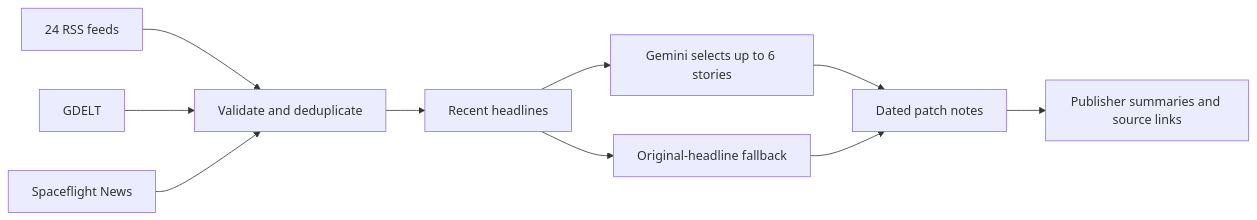
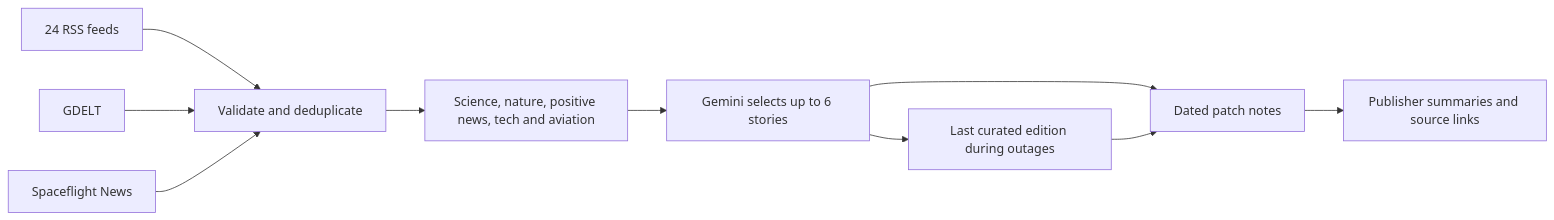
The diagram in README.md (byalex33/changelog.earth), drawn with Mermaid before and after one commit. The commit also changed other lines of this file and 5 other files, not shown here.

Commit message:
Add Hugging Face fallback for curated patch notes

````diff
--- a/README.md
+++ b/README.md
@@ -62,12 +65,12 @@
 ```mermaid
 flowchart LR
     A[24 RSS feeds] --> D[Validate and deduplicate]
     B[GDELT] --> D
     C[Spaceflight News] --> D
-    D --> E[Recent headlines]
+    D --> E[Science, nature, positive news, tech and aviation]
     E --> F[Gemini selects up to 6 stories]
     F --> G[Dated patch notes]
-    E --> H[Original-headline fallback]
+    F --> H[Last curated edition during outages]
     H --> G
     G --> I[Publisher summaries and source links]
 ```
````
